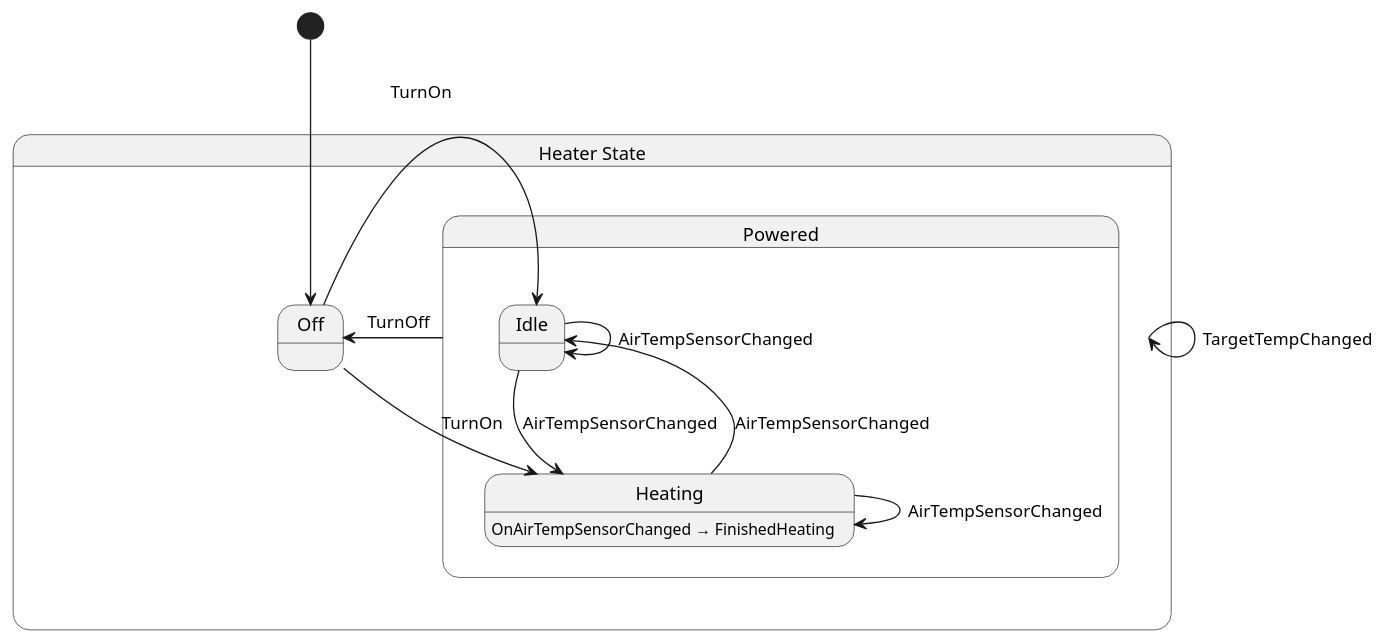
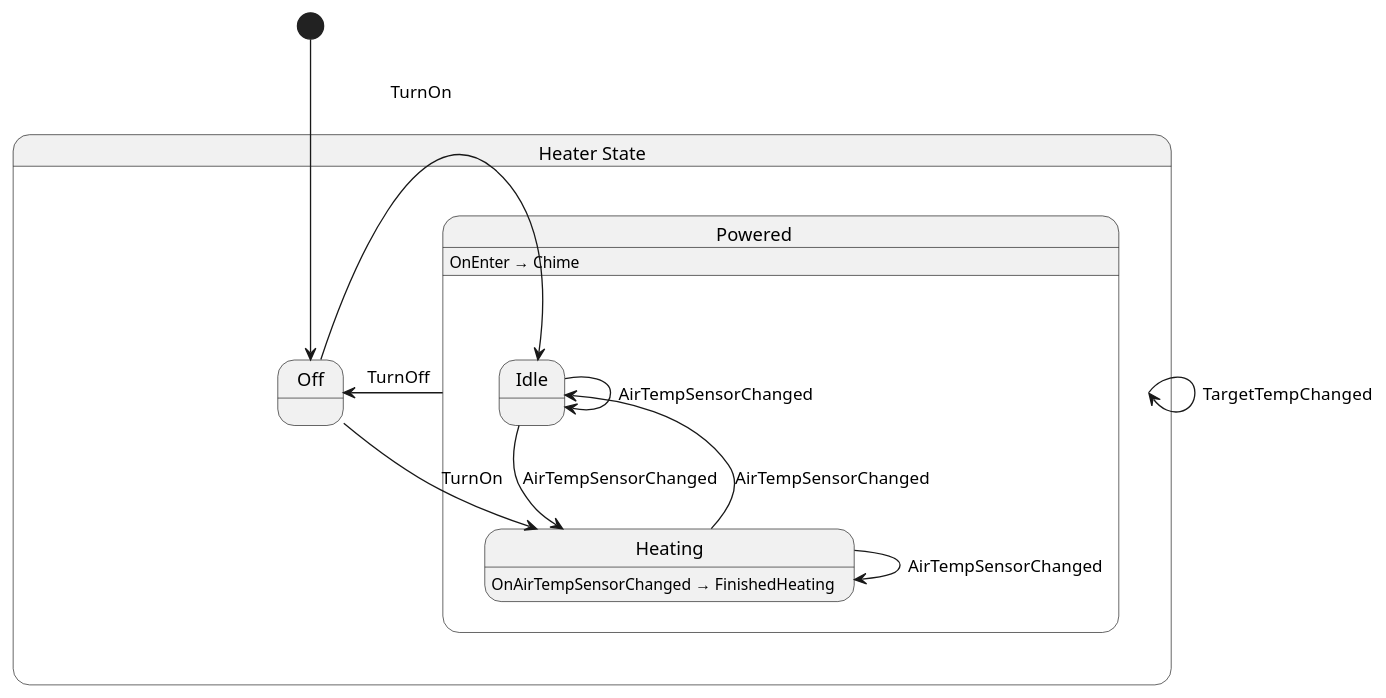
The diagram in Chickensoft.LogicBlocks.Generator.Tests/test_cases/Heater.g.puml (chickensoft-games/LogicBlocks), drawn with PlantUML before and after one commit. The commit also changed 4 other files, not shown here.

```diff
--- a/Chickensoft.LogicBlocks.Generator.Tests/test_cases/Heater.g.puml
+++ b/Chickensoft.LogicBlocks.Generator.Tests/test_cases/Heater.g.puml
@@ -1,22 +1,23 @@
 @startuml Heater
 state "Heater State" as Chickensoft_LogicBlocks_Generator_Tests_Heater_State {
   state "Powered" as Chickensoft_LogicBlocks_Generator_Tests_Heater_State_Powered {
     state "Idle" as Chickensoft_LogicBlocks_Generator_Tests_Heater_State_Idle
     state "Heating" as Chickensoft_LogicBlocks_Generator_Tests_Heater_State_Heating {
       Chickensoft_LogicBlocks_Generator_Tests_Heater_State_Heating : OnAirTempSensorChanged → FinishedHeating
     }
+    Chickensoft_LogicBlocks_Generator_Tests_Heater_State_Powered : OnEnter → Chime
   }
   state "Off" as Chickensoft_LogicBlocks_Generator_Tests_Heater_State_Off
 }
 
 Chickensoft_LogicBlocks_Generator_Tests_Heater_State --> Chickensoft_LogicBlocks_Generator_Tests_Heater_State : TargetTempChanged
 Chickensoft_LogicBlocks_Generator_Tests_Heater_State_Heating --> Chickensoft_LogicBlocks_Generator_Tests_Heater_State_Heating : AirTempSensorChanged
 Chickensoft_LogicBlocks_Generator_Tests_Heater_State_Heating --> Chickensoft_LogicBlocks_Generator_Tests_Heater_State_Idle : AirTempSensorChanged
 Chickensoft_LogicBlocks_Generator_Tests_Heater_State_Idle --> Chickensoft_LogicBlocks_Generator_Tests_Heater_State_Heating : AirTempSensorChanged
 Chickensoft_LogicBlocks_Generator_Tests_Heater_State_Idle --> Chickensoft_LogicBlocks_Generator_Tests_Heater_State_Idle : AirTempSensorChanged
 Chickensoft_LogicBlocks_Generator_Tests_Heater_State_Off --> Chickensoft_LogicBlocks_Generator_Tests_Heater_State_Heating : TurnOn
 Chickensoft_LogicBlocks_Generator_Tests_Heater_State_Off --> Chickensoft_LogicBlocks_Generator_Tests_Heater_State_Idle : TurnOn
 Chickensoft_LogicBlocks_Generator_Tests_Heater_State_Powered --> Chickensoft_LogicBlocks_Generator_Tests_Heater_State_Off : TurnOff
 
 [*] --> Chickensoft_LogicBlocks_Generator_Tests_Heater_State_Off
 @enduml
```
